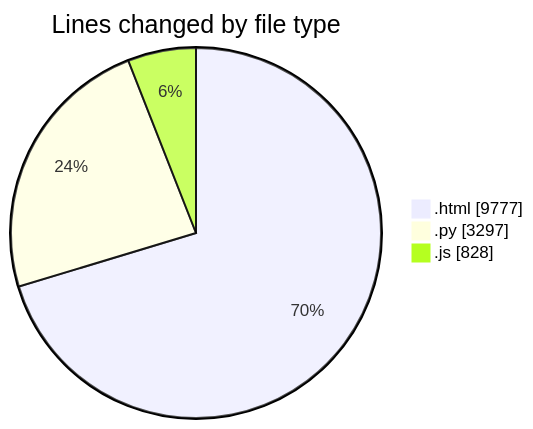
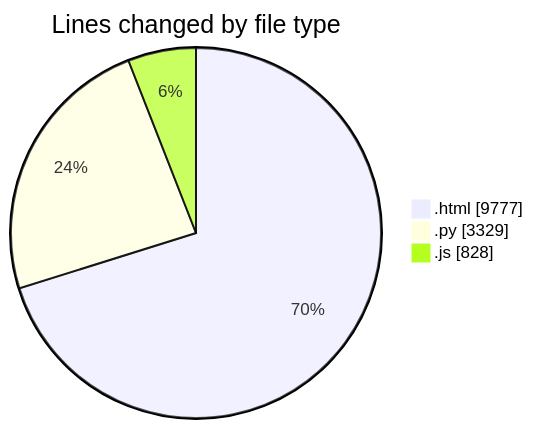
One commit to shibass792/code-tracking changed the first of 2 diagrams in 2026-07-12/untitled__workspace_/README.md. Above: the diagram before and after it, drawn with Mermaid. The commit also changed other lines of this file and 1 other file, not shown here.

````diff
--- a/2026-07-12/untitled__workspace_/README.md
+++ b/2026-07-12/untitled__workspace_/README.md
@@ -28,7 +29,7 @@
 ```mermaid
 pie showData
 title Lines changed by file type
 ".html" : 9777
-".py" : 3297
+".py" : 3329
 ".js" : 828
 ```
````
